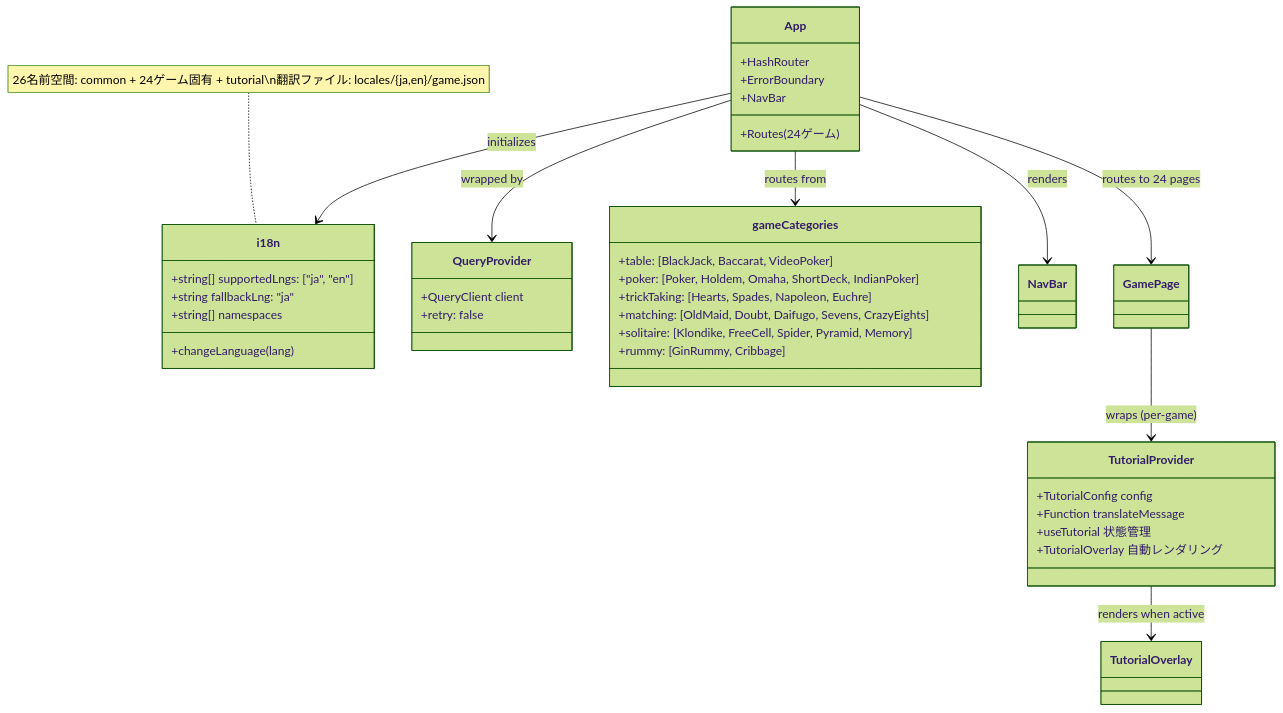
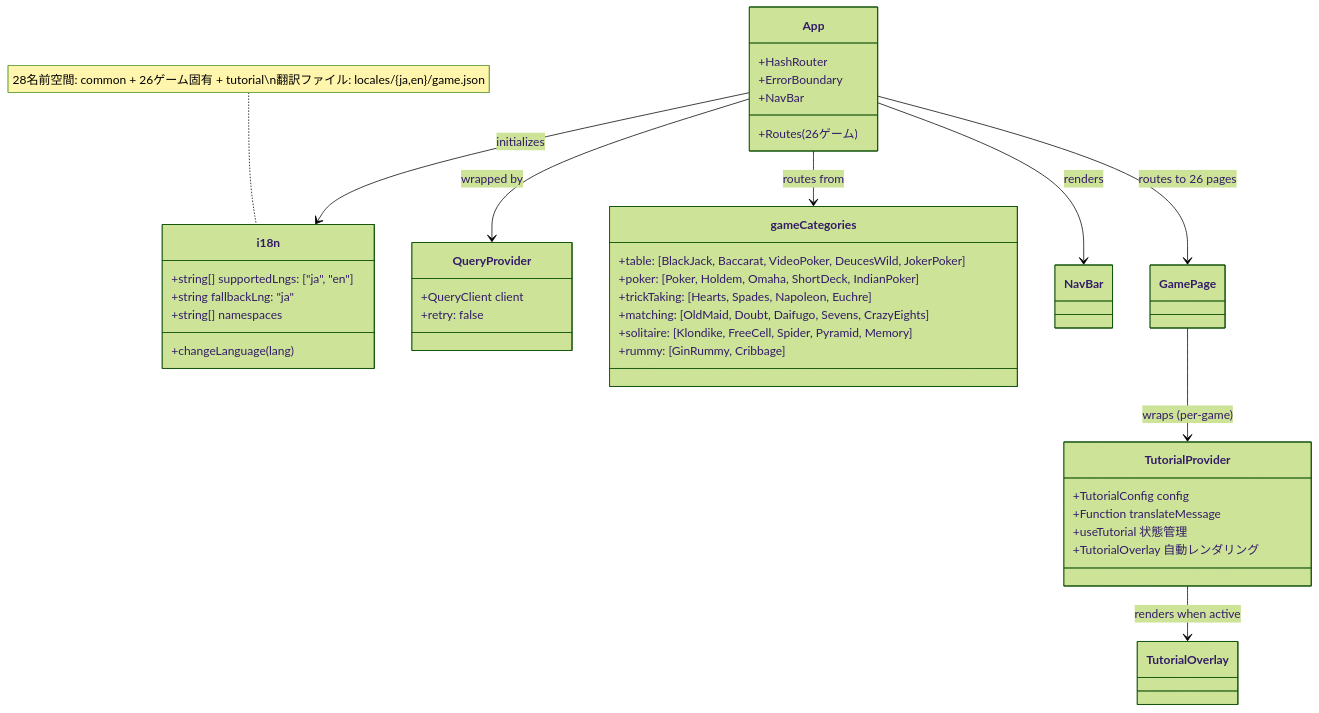
One commit to yuta-yoshinaga/go_trumpcards changed the eighth of 18 diagrams in docs/design/frontend.md. Above: the diagram before and after it, drawn with Mermaid (forest theme). The commit also changed other lines of this file and 55 other files, not shown here.

First line of the commit message:
feat: add Deuces Wild and Joker Poker video poker variants (#903)

````diff
--- a/docs/design/frontend.md
+++ b/docs/design/frontend.md
@@ -788,47 +804,47 @@
 ```mermaid
 classDiagram
     class i18n {
         +string[] supportedLngs: ["ja", "en"]
         +string fallbackLng: "ja"
         +string[] namespaces
         +changeLanguage(lang)
     }
 
     class QueryProvider {
         +QueryClient client
         +retry: false
     }
 
     class App {
         +HashRouter
         +ErrorBoundary
         +NavBar
-        +Routes (24ゲーム)
+        +Routes (26ゲーム)
     }
 
     class gameCategories {
-        +table: [BlackJack, Baccarat, VideoPoker]
+        +table: [BlackJack, Baccarat, VideoPoker, DeucesWild, JokerPoker]
         +poker: [Poker, Holdem, Omaha, ShortDeck, IndianPoker]
         +trickTaking: [Hearts, Spades, Napoleon, Euchre]
         +matching: [OldMaid, Doubt, Daifugo, Sevens, CrazyEights]
         +solitaire: [Klondike, FreeCell, Spider, Pyramid, Memory]
         +rummy: [GinRummy, Cribbage]
     }
 
     class TutorialProvider {
         +TutorialConfig config
         +Function translateMessage
         +useTutorial 状態管理
         +TutorialOverlay 自動レンダリング
     }
 
     App --> QueryProvider : wrapped by
     App --> i18n : initializes
     App --> gameCategories : routes from
     App --> NavBar : renders
-    App --> GamePage : routes to 24 pages
+    App --> GamePage : routes to 26 pages
     GamePage --> TutorialProvider : wraps (per-game)
     TutorialProvider --> TutorialOverlay : renders when active
 
-    note for i18n "26名前空間: common + 24ゲーム固有 + tutorial\n翻訳ファイル: locales/{ja,en}/game.json"
+    note for i18n "28名前空間: common + 26ゲーム固有 + tutorial\n翻訳ファイル: locales/{ja,en}/game.json"
 ```
````
